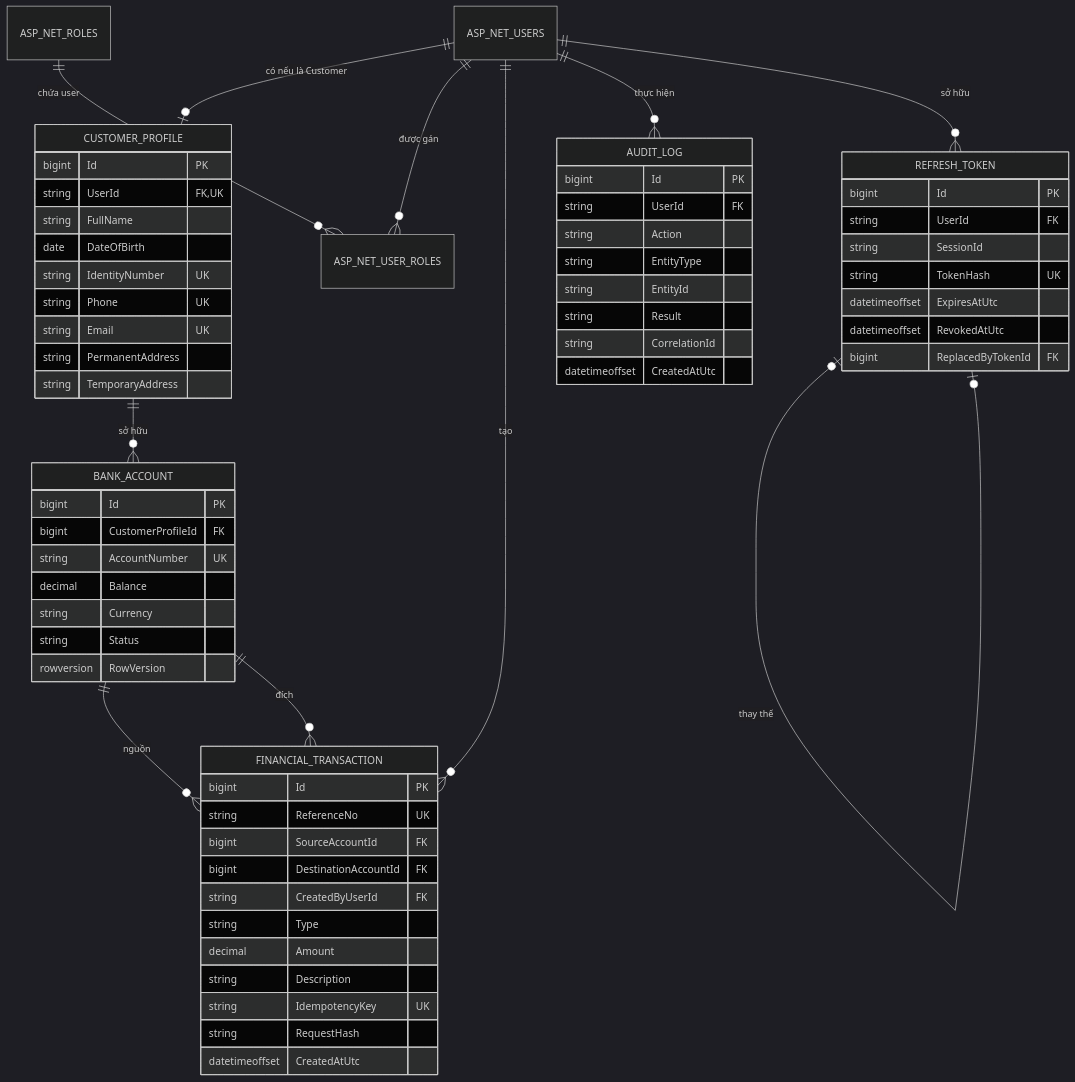
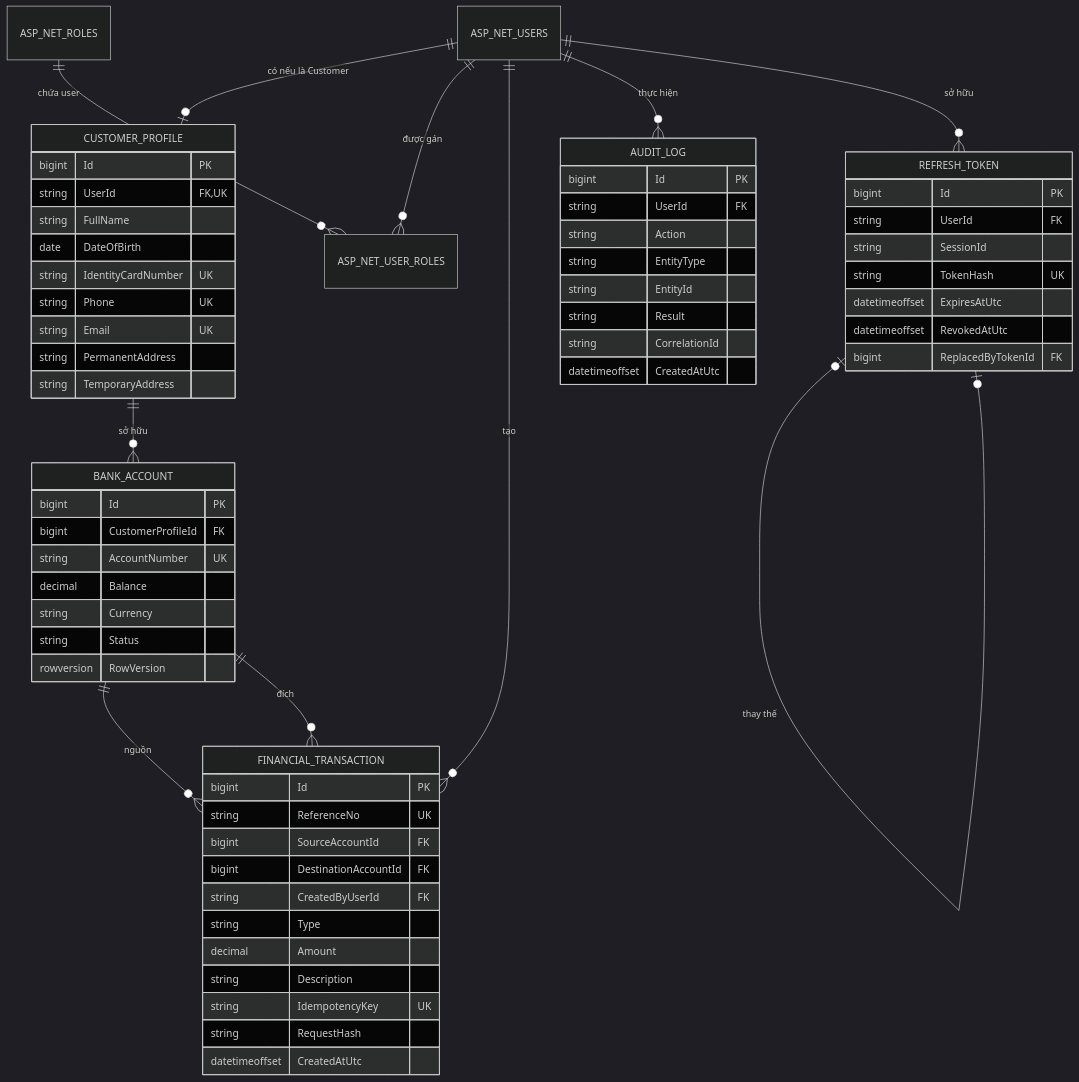
Before and after one commit to haiyanng/SUBank: the diagram in docs/diagrams/erd.mmd, drawn with Mermaid (dark theme). The commit also changed 40 other files, not shown here.

```diff
--- a/docs/diagrams/erd.mmd
+++ b/docs/diagrams/erd.mmd
@@ -1,68 +1,68 @@
 erDiagram
     ASP_NET_USERS ||--o| CUSTOMER_PROFILE : "có nếu là Customer"
     ASP_NET_USERS ||--o{ ASP_NET_USER_ROLES : "được gán"
     ASP_NET_ROLES ||--o{ ASP_NET_USER_ROLES : "chứa user"
     ASP_NET_USERS ||--o{ FINANCIAL_TRANSACTION : "tạo"
     ASP_NET_USERS ||--o{ AUDIT_LOG : "thực hiện"
     ASP_NET_USERS ||--o{ REFRESH_TOKEN : "sở hữu"
     CUSTOMER_PROFILE ||--o{ BANK_ACCOUNT : "sở hữu"
     BANK_ACCOUNT ||--o{ FINANCIAL_TRANSACTION : "nguồn"
     BANK_ACCOUNT ||--o{ FINANCIAL_TRANSACTION : "đích"
     REFRESH_TOKEN o|--o| REFRESH_TOKEN : "thay thế"
 
     CUSTOMER_PROFILE {
         bigint Id PK
         string UserId FK,UK
         string FullName
         date DateOfBirth
-        string IdentityNumber UK
+        string IdentityCardNumber UK
         string Phone UK
         string Email UK
         string PermanentAddress
         string TemporaryAddress
     }
 
     BANK_ACCOUNT {
         bigint Id PK
         bigint CustomerProfileId FK
         string AccountNumber UK
         decimal Balance
         string Currency
         string Status
         rowversion RowVersion
     }
 
     FINANCIAL_TRANSACTION {
         bigint Id PK
         string ReferenceNo UK
         bigint SourceAccountId FK
         bigint DestinationAccountId FK
         string CreatedByUserId FK
         string Type
         decimal Amount
         string Description
         string IdempotencyKey UK
         string RequestHash
         datetimeoffset CreatedAtUtc
     }
 
     AUDIT_LOG {
         bigint Id PK
         string UserId FK
         string Action
         string EntityType
         string EntityId
         string Result
         string CorrelationId
         datetimeoffset CreatedAtUtc
     }
 
     REFRESH_TOKEN {
         bigint Id PK
         string UserId FK
         string SessionId
         string TokenHash UK
         datetimeoffset ExpiresAtUtc
         datetimeoffset RevokedAtUtc
         bigint ReplacedByTokenId FK
     }
```
